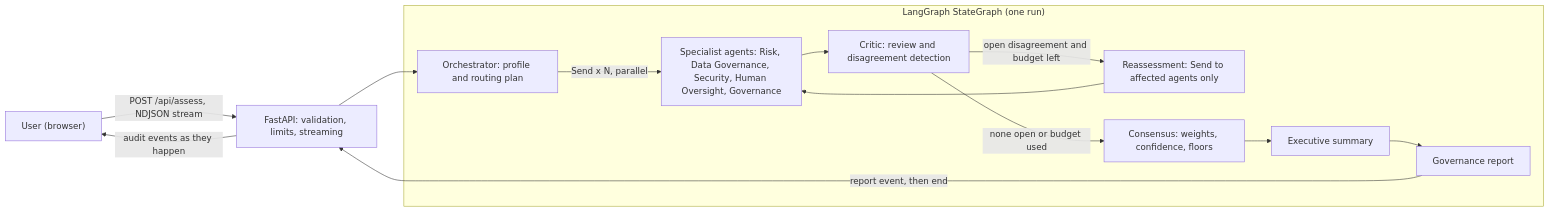
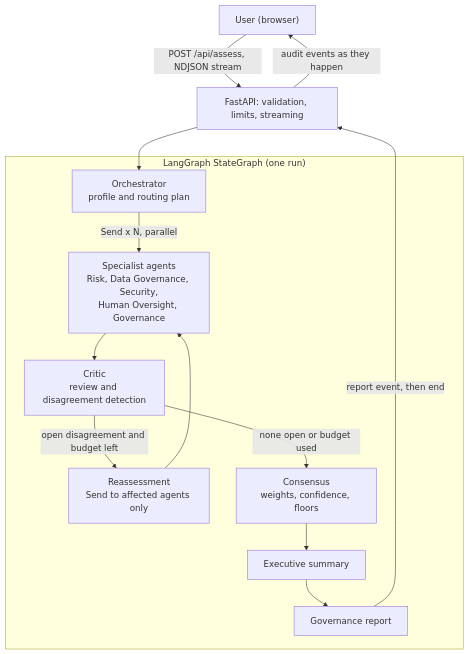
Before and after one commit to shahil5z/europa-ai-governance: the diagram in README.md, drawn with Mermaid.

Commit message:
docs: vertical architecture diagram for readability

````diff
--- a/README.md
+++ b/README.md
@@ -47,18 +47,18 @@
 ```mermaid
-flowchart LR
+flowchart TD
     U["User (browser)"] -->|"POST /api/assess, NDJSON stream"| API["FastAPI: validation, limits, streaming"]
     API --> O
 
     subgraph G["LangGraph StateGraph (one run)"]
-        O["Orchestrator: profile and routing plan"] -->|"Send x N, parallel"| S["Specialist agents: Risk, Data Governance, Security, Human Oversight, Governance"]
-        S --> K["Critic: review and disagreement detection"]
-        K -->|"open disagreement and budget left"| R["Reassessment: Send to affected agents only"]
+        O["Orchestrator<br/>profile and routing plan"] -->|"Send x N, parallel"| S["Specialist agents<br/>Risk, Data Governance, Security,<br/>Human Oversight, Governance"]
+        S --> K["Critic<br/>review and disagreement detection"]
+        K -->|"open disagreement and budget left"| R["Reassessment<br/>Send to affected agents only"]
         R --> S
-        K -->|"none open or budget used"| C["Consensus: weights, confidence, floors"]
+        K -->|"none open or budget used"| C["Consensus<br/>weights, confidence, floors"]
         C --> SM["Executive summary"]
         SM --> F["Governance report"]
     end
 
     F -->|"report event, then end"| API
     API -->|"audit events as they happen"| U
 ```
````
